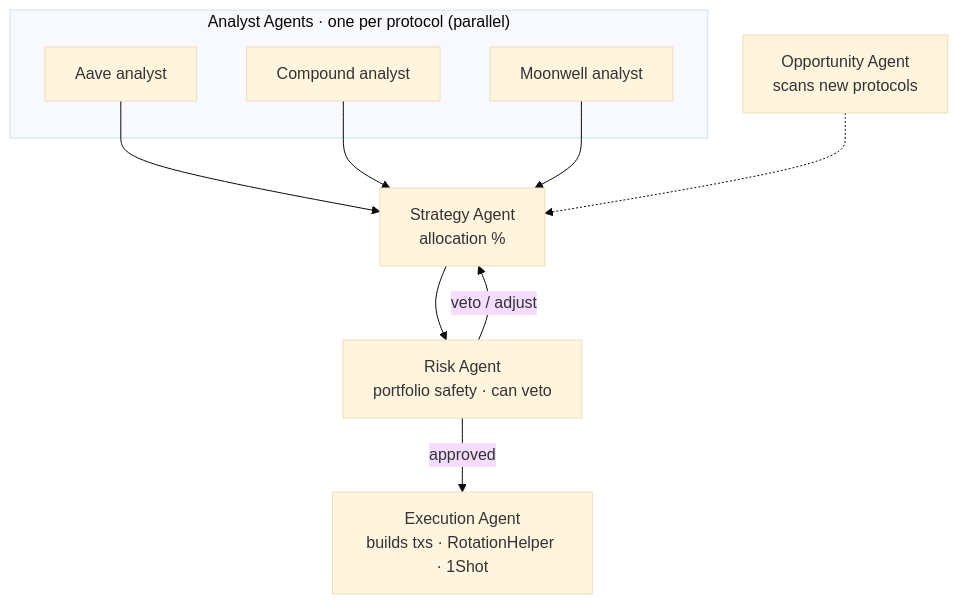
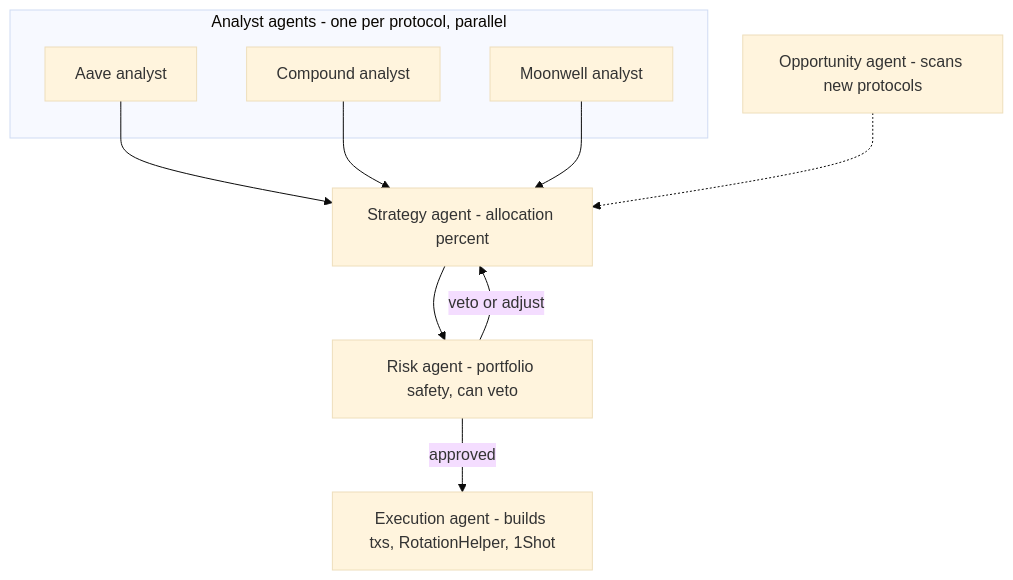
One commit to ClovaRepo/frontend changed the diagram in docs/phase2.md. Above: the diagram before and after it, drawn with Mermaid (base theme). The commit also changed 8 other files, not shown here.

First line of the commit message:
docs: harden mermaid for GitBook renderer

````diff
--- a/docs/phase2.md
+++ b/docs/phase2.md
@@ -29,20 +29,19 @@
 ```mermaid
 flowchart TB
-  subgraph Analysts["Analyst Agents · one per protocol (parallel)"]
+  subgraph Analysts[Analyst agents - one per protocol, parallel]
     A1["Aave analyst"]
     A2["Compound analyst"]
     A3["Moonwell analyst"]
   end
-  OPP["Opportunity Agent<br/>scans new protocols"]
-  STRAT["Strategy Agent<br/>allocation %"]
-  RISK["Risk Agent<br/>portfolio safety · can veto"]
-  EXEC["Execution Agent<br/>builds txs · RotationHelper · 1Shot"]
-
+  OPP["Opportunity agent - scans new protocols"]
+  STRAT["Strategy agent - allocation percent"]
+  RISK["Risk agent - portfolio safety, can veto"]
+  EXEC["Execution agent - builds txs, RotationHelper, 1Shot"]
   A1 --> STRAT
   A2 --> STRAT
   A3 --> STRAT
   OPP -.-> STRAT
   STRAT --> RISK
-  RISK -->|"approved"| EXEC
-  RISK -->|"veto / adjust"| STRAT
+  RISK -->|approved| EXEC
+  RISK -->|"veto or adjust"| STRAT
 ```
````
